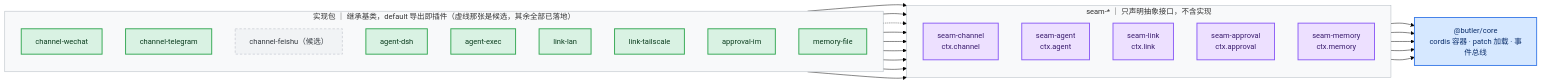
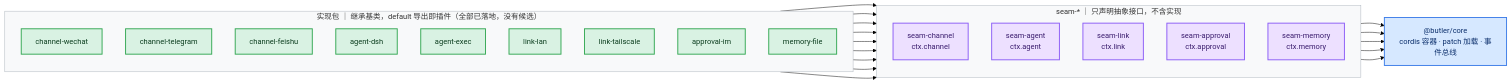
Before and after one commit to Leowuqunqun/ai-butler: the diagram in docs/diagrams/tech-03-seams.mmd, drawn with Mermaid (forest theme). The commit also changed 50 other files, not shown here.

First line of the commit message:
第 91 轮补（七）：英文架构图两套 + 仓库门面元数据 + 社交预览图

```diff
--- a/docs/diagrams/tech-03-seams.mmd
+++ b/docs/diagrams/tech-03-seams.mmd
@@ -1,46 +1,46 @@
 flowchart LR
     subgraph SEAM["seam-* ｜ 只声明抽象接口，不含实现"]
         direction TB
         SC["seam-channel<br/>ctx.channel"]
         SA["seam-agent<br/>ctx.agent"]
         SL["seam-link<br/>ctx.link"]
         SP["seam-approval<br/>ctx.approval"]
         SM["seam-memory<br/>ctx.memory"]
     end
-    subgraph IMPL["实现包 ｜ 继承基类，default 导出即插件（虚线那张是候选，其余全部已落地）"]
+    subgraph IMPL["实现包 ｜ 继承基类，default 导出即插件（全部已落地，没有候选）"]
         direction TB
         CW["channel-wechat"]
         CT["channel-telegram"]
-        CF["channel-feishu（候选）"]
+        CF["channel-feishu"]
         AD["agent-dsh"]
         AE["agent-exec"]
         LL["link-lan"]
         LT["link-tailscale"]
         AI["approval-im"]
         MF["memory-file"]
     end
     CORE["@butler/core<br/>cordis 容器 · patch 加载 · 事件总线"]
     CW --> SC
     CT --> SC
-    CF -.-> SC
+    CF --> SC
     AD --> SA
     AE --> SA
     LL --> SL
     LT --> SL
     AI --> SP
     MF --> SM
     SC --> CORE
     SA --> CORE
     SL --> CORE
     SP --> CORE
     SM --> CORE
     classDef seam fill:#EDE0FF,stroke:#8B5CF6,stroke-width:2px,color:#3B1D6E
     classDef done fill:#D9F2E3,stroke:#34A853,stroke-width:2px,color:#0B3D1E
+    %% 下面这条虚线灰是留给将来候选包的样式（当前没有候选，所以没人用）
     classDef todo fill:#F1F3F5,stroke:#ADB5BD,stroke-dasharray:5 4,color:#343A40
     classDef core fill:#D6E8FF,stroke:#3D7DE8,stroke-width:2px,color:#0B2E6B
     class SC,SA,SL,SP,SM seam
-    class CW,CT,AD,AE,LL,LT,AI,MF done
-    class CF todo
+    class CW,CT,CF,AD,AE,LL,LT,AI,MF done
     class CORE core
 style SEAM fill:#F8F9FA,stroke:#ADB5BD,stroke-width:1px
 style IMPL fill:#F8F9FA,stroke:#ADB5BD,stroke-width:1px
```
